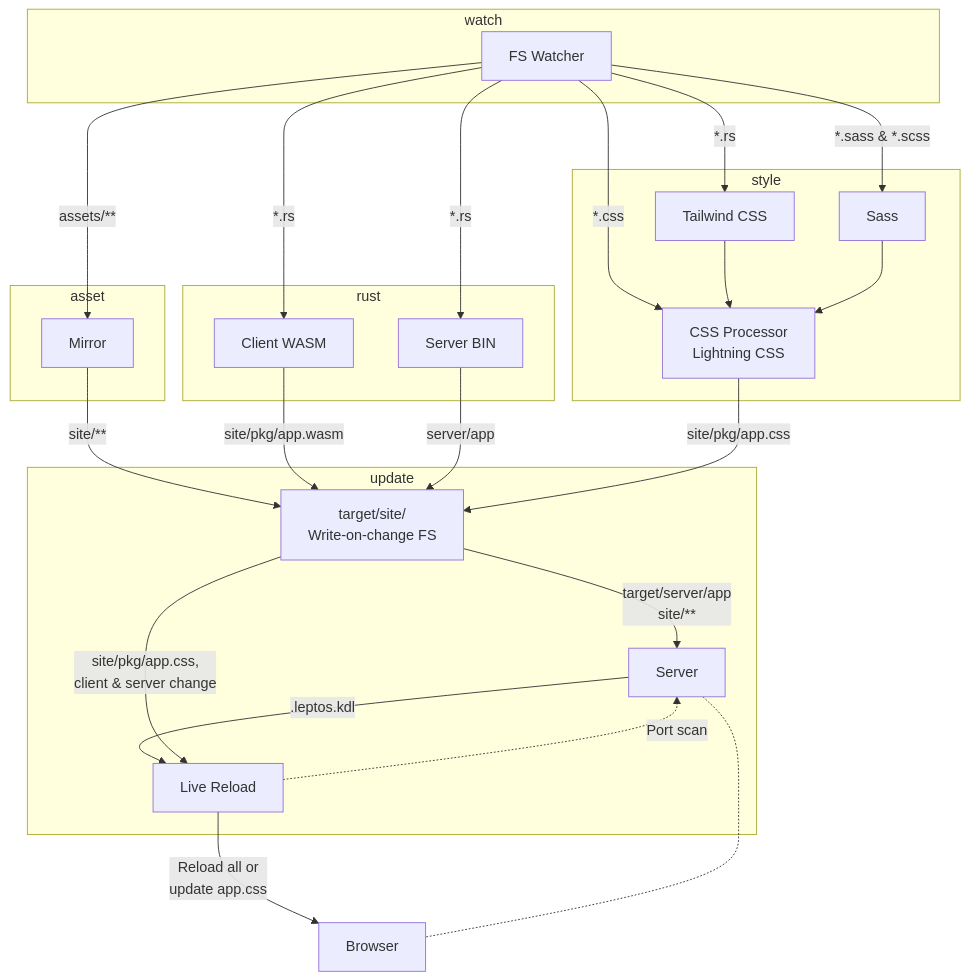
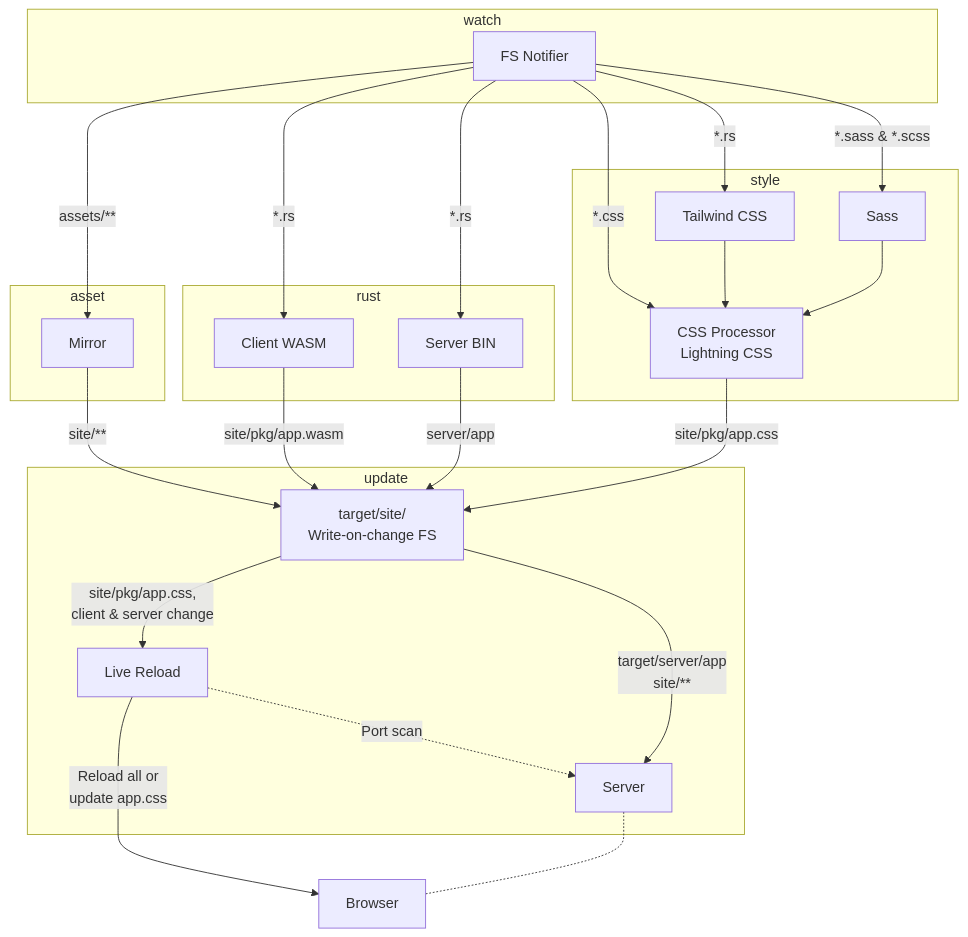
The first of 2 diagrams in README.md (leptos-rs/cargo-leptos), drawn with Mermaid before and after one commit. The commit also changed other lines of this file and 8 other files, not shown here.

````diff
--- a/README.md
+++ b/README.md
@@ -144,52 +145,51 @@
 ```mermaid
 graph TD;
   subgraph Watcher[watch]
-    Watch[FS Watcher];
+    Watch[FS Notifier];
   end
   Watch-->|"*.rs"| TailW;
   Watch-->|"*.sass & *.scss"| Sass;
   Watch-->|"*.css"| CSSProc;
   Watch-->|"*.rs"| WASM;
   Watch-->|"*.rs"| BIN;
   Watch-->|"assets/**"| Mirror;
 
   subgraph style
     TailW[Tailwind CSS];
     Sass;
     CSSProc[CSS Processor<br>Lightning CSS]
   end
 
   TailW --> CSSProc;
   Sass --> CSSProc;
 
   subgraph rust
     WASM[Client WASM];
     BIN[Server BIN];
   end
 
   subgraph asset
     Mirror
   end
 
   subgraph update
     WOC[target/site/<br>Write-on-change FS];
     Live[Live Reload];
     Server;
   end
 
   Mirror -->|"site/**"| WOC;
   WASM -->|"site/pkg/app.wasm"| WOC;
   BIN -->|"server/app"| WOC;
   CSSProc -->|"site/pkg/app.css"| WOC;
 
   Live -.->|Port scan| Server;
-  Server -->|.leptos.kdl| Live
 
   WOC -->|"target/server/app<br>site/**"| Server;
   WOC -->|"site/pkg/app.css, <br>client & server change"| Live;
 
   Live -->|"Reload all or<br>update app.css"| Browser
 
   Browser;
   Server -.- Browser;
 ```
````
